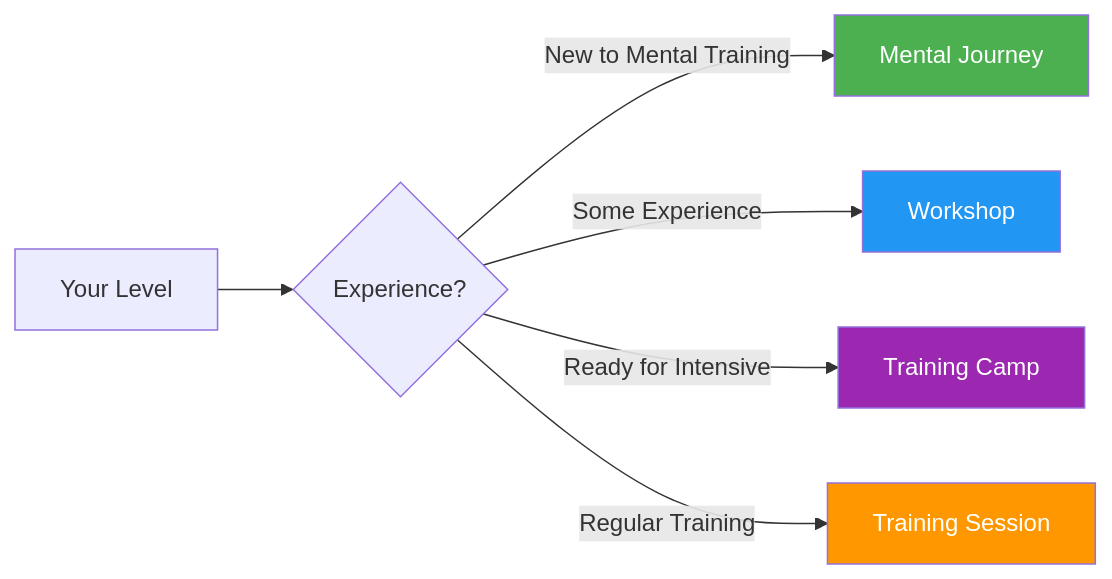
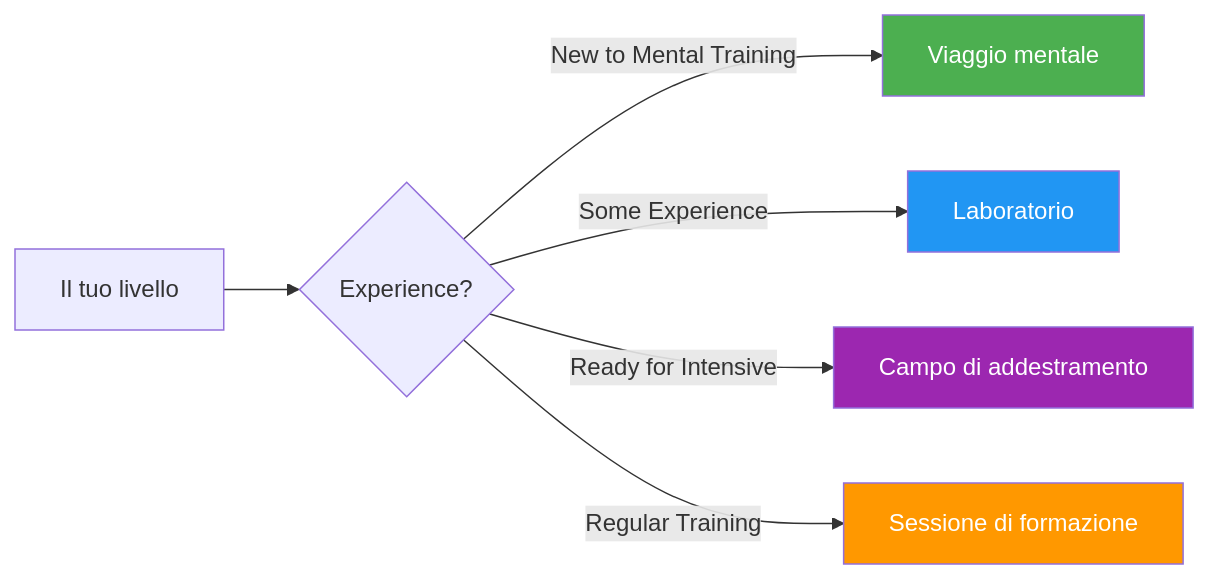
Before and after one commit to patwii/petanque-academy: the diagram in docs/it/guides/index.md, drawn with Mermaid. The commit also changed other lines of this file and 550 other files, not shown here.

````diff
--- a/docs/it/guides/index.md
+++ b/docs/it/guides/index.md
@@ -12,13 +12,13 @@
 ```mermaid
 graph LR
-    A[Your Level] --> B{Experience?}
-    B -->|New to Mental Training| C[Mental Journey]
-    B -->|Some Experience| D[Workshop]
-    B -->|Ready for Intensive| E[Training Camp]
-    B -->|Regular Training| F[Training Session]
+    A[Il tuo livello] --> B{Experience?}
+    B -->|New to Mental Training| C[Viaggio mentale]
+    B -->|Some Experience| D[Laboratorio]
+    B -->|Ready for Intensive| E[Campo di addestramento]
+    B -->|Regular Training| F[Sessione di formazione]
     
     style C fill:#4CAF50,color:#fff
     style D fill:#2196F3,color:#fff
     style E fill:#9C27B0,color:#fff
     style F fill:#FF9800,color:#fff
 ```
````
